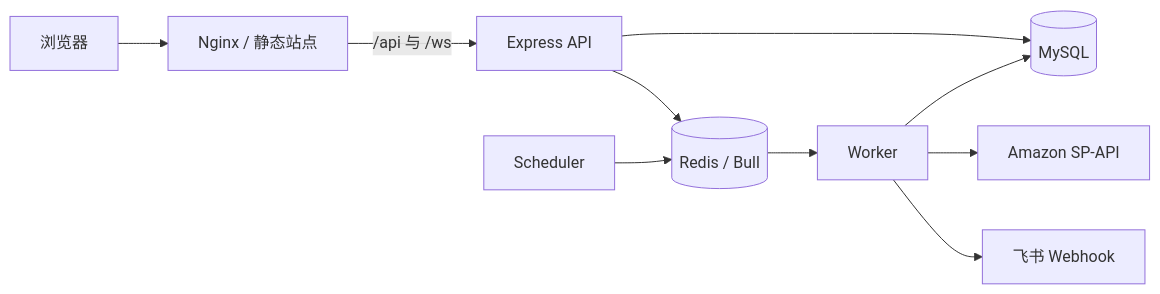
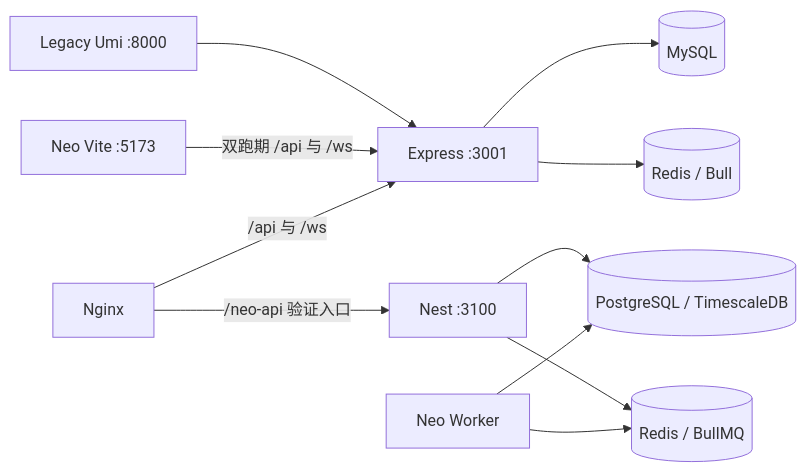
One commit to Cabal14256/Amazon-ASIN-monitor-Neo changed the diagram in README.md. Above: the diagram before and after it, drawn with Mermaid. The commit also changed other lines of this file and 11 other files, not shown here.

````diff
--- a/README.md
+++ b/README.md
@@ -31,12 +43,13 @@
 ```mermaid
 flowchart LR
-  Browser[浏览器] --> Nginx[Nginx / 静态站点]
-  Nginx -->|/api 与 /ws| API[Express API]
-  API --> MySQL[(MySQL)]
-  API --> Redis[(Redis / Bull)]
-  Scheduler[Scheduler] --> Redis
-  Redis --> Worker[Worker]
-  Worker --> MySQL
-  Worker --> SPAPI[Amazon SP-API]
-  Worker --> Feishu[飞书 Webhook]
+  LegacyWeb[Legacy Umi :8000] --> LegacyAPI[Express :3001]
+  NeoWeb[Neo Vite :5173] -->|双跑期 /api 与 /ws| LegacyAPI
+  Nginx[Nginx] -->|/api 与 /ws| LegacyAPI
+  Nginx -->|/neo-api 验证入口| NeoAPI[Nest :3100]
+  LegacyAPI --> MySQL[(MySQL)]
+  LegacyAPI --> Redis[(Redis / Bull)]
+  NeoAPI --> PG[(PostgreSQL / TimescaleDB)]
+  NeoAPI --> RedisNeo[(Redis / BullMQ)]
+  NeoWorker[Neo Worker] --> RedisNeo
+  NeoWorker --> PG
 ```
````
